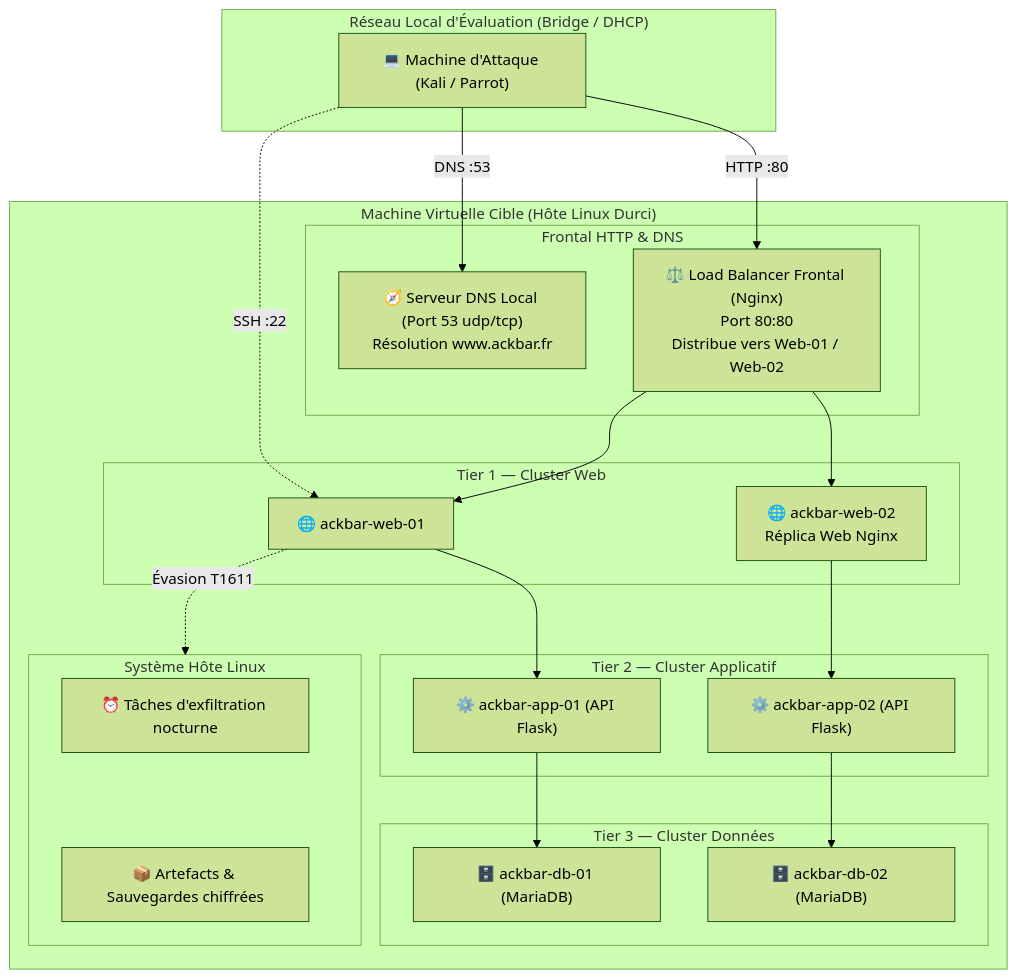
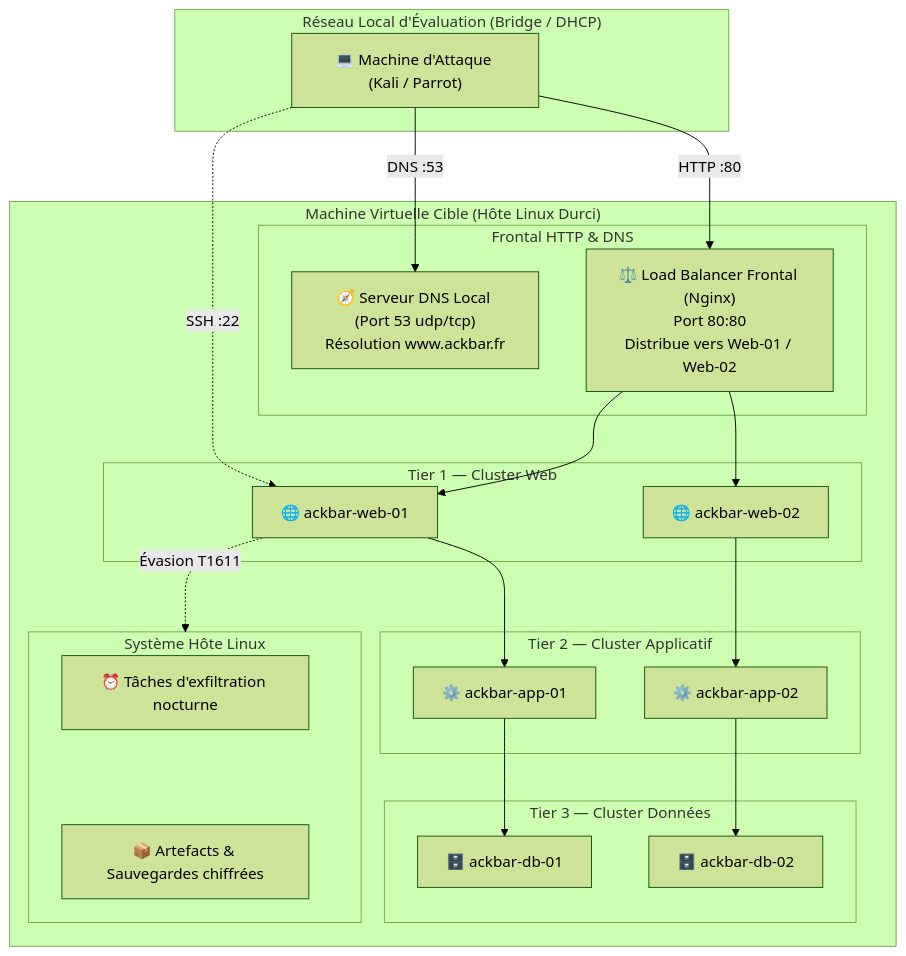
The diagram in README.md (Belkoruh/wargame), drawn with Mermaid (forest theme) before and after one commit.

````diff
--- a/README.md
+++ b/README.md
@@ -54,46 +54,46 @@
 ```mermaid
 flowchart TD
     subgraph LAN["Réseau Local d'Évaluation (Bridge / DHCP)"]
         Attacker["💻 Machine d'Attaque (Kali / Parrot)"]
     end
 
     subgraph TargetVM["Machine Virtuelle Cible (Hôte Linux Durci)"]
         subgraph Frontal["Frontal HTTP & DNS"]
             DNS["🧭 Serveur DNS Local (Port 53 udp/tcp)<br/>Résolution www.ackbar.fr"]
             LB["⚖️ Load Balancer Frontal (Nginx)<br/>Port 80:80<br/>Distribue vers Web-01 / Web-02"]
         end
 
         subgraph Tier1["Tier 1 — Cluster Web"]
             Web1["🌐 ackbar-web-01<br/>"]
-            Web2["🌐 ackbar-web-02<br/>Réplica Web Nginx"]
+            Web2["🌐 ackbar-web-02<br/>"]
         end
 
         subgraph Tier2["Tier 2 — Cluster Applicatif"]
-            App1["⚙️ ackbar-app-01 (API Flask)"]
-            App2["⚙️ ackbar-app-02 (API Flask)"]
+            App1["⚙️ ackbar-app-01"]
+            App2["⚙️ ackbar-app-02"]
         end
 
         subgraph Tier3["Tier 3 — Cluster Données"]
-            DB1["🗄️ ackbar-db-01 (MariaDB)"]
-            DB2["🗄️ ackbar-db-02 (MariaDB)"]
+            DB1["🗄️ ackbar-db-01"]
+            DB2["🗄️ ackbar-db-02"]
         end
 
         subgraph HostOS["Système Hôte Linux"]
             Cron["⏰ Tâches d'exfiltration nocturne"]
             Artifacts["📦 Artefacts & Sauvegardes chiffrées"]
         end
     end
 
     Attacker -->|HTTP :80| LB
     Attacker -->|DNS :53| DNS
     Attacker -.->|SSH :22| Web1
     LB --> Web1
     LB --> Web2
     Web1 --> App1
     Web2 --> App2
     App1 --> DB1
     App2 --> DB2
     Web1 -.->|Évasion T1611| HostOS
     HostOS --- Cron
     HostOS --- Artifacts
 ```
````
